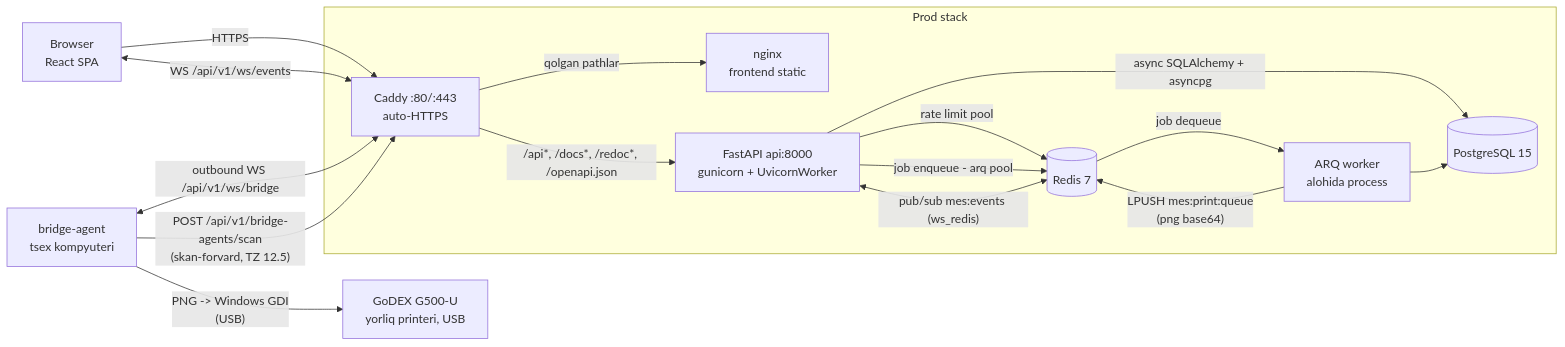
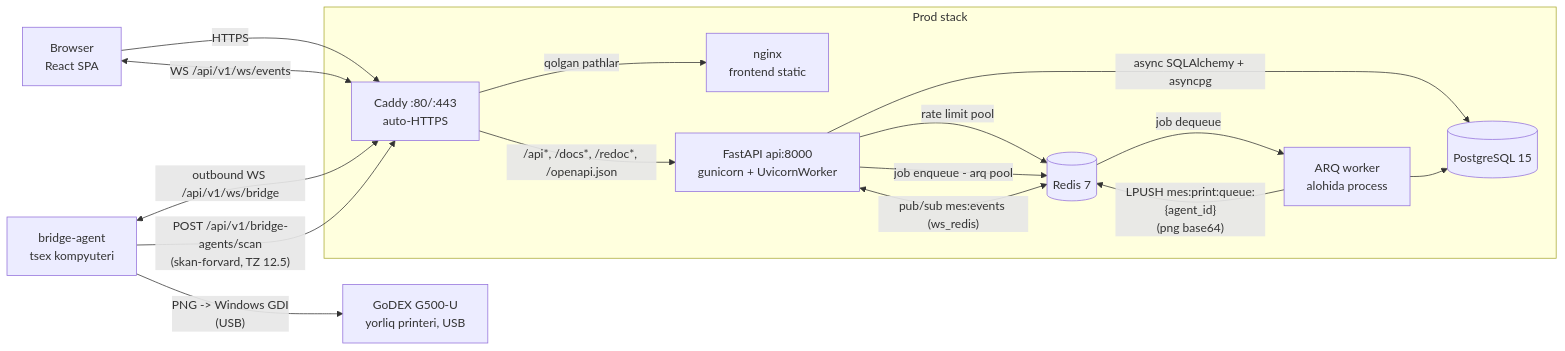
Before and after one commit to jasper2233/mebelix-eko-tizim: the diagram in docs/01-architecture.md, drawn with Mermaid. The commit also changed other lines of this file and 7 other files, not shown here.

````diff
--- a/docs/01-architecture.md
+++ b/docs/01-architecture.md
@@ -94,30 +94,30 @@
 ```mermaid
 flowchart LR
     B[Browser<br/>React SPA]
     G[bridge-agent<br/>tsex kompyuteri]
     PR[GoDEX G500-U<br/>yorliq printeri, USB]
 
     subgraph Prod stack
         C[Caddy :80/:443<br/>auto-HTTPS]
         N[nginx<br/>frontend static]
         A[FastAPI api:8000<br/>gunicorn + UvicornWorker]
         W[ARQ worker<br/>alohida process]
         P[(PostgreSQL 15)]
         R[(Redis 7)]
     end
 
     B -->|HTTPS| C
     B <-->|"WS /api/v1/ws/events"| C
     G <-->|"outbound WS /api/v1/ws/bridge"| C
     G -->|"POST /api/v1/bridge-agents/scan<br/>(skan-forvard, TZ 12.5)"| C
     G -->|"PNG -> Windows GDI<br/>(USB)"| PR
     C -->|"/api*, /docs*, /redoc*, /openapi.json"| A
     C -->|qolgan pathlar| N
     A -->|async SQLAlchemy + asyncpg| P
     A -->|rate limit pool| R
     A -->|job enqueue - arq pool| R
     A <-->|"pub/sub mes:events (ws_redis)"| R
     R -->|job dequeue| W
-    W -->|"LPUSH mes:print:queue<br/>(png base64)"| R
+    W -->|"LPUSH mes:print:queue:{agent_id}<br/>(png base64)"| R
     W --> P
 ```
````
